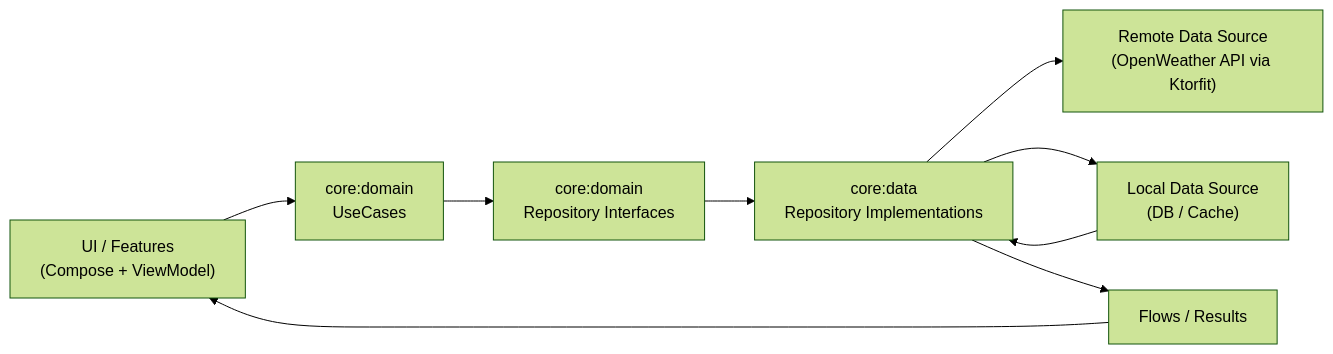
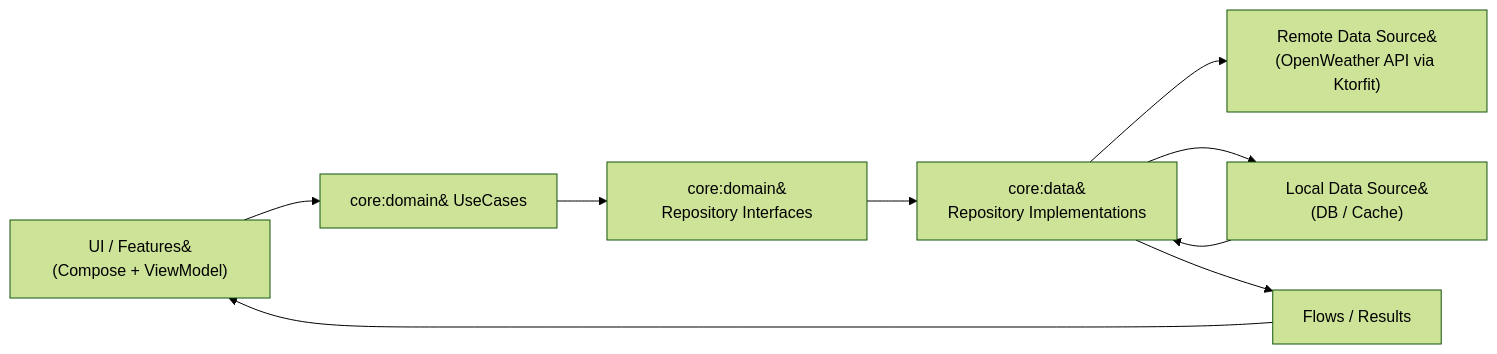
One commit to pdepizarro/AppDemo changed the second of 2 diagrams in README.md. Above: the diagram before and after it, drawn with Mermaid (forest theme).

Commit message:
Update README to improve mermaid diagram formatting and enhance clarity

````diff
--- a/README.md
+++ b/README.md
@@ -88,14 +88,15 @@
 ``` mermaid
-graph LR
-    UI["UI / Features\n(Compose + ViewModel)"] --> UseCases["core:domain\nUseCases"]
-    UseCases --> RepoInterface["core:domain\nRepository Interfaces"]
-
-    RepoInterface --> RepoImpl["core:data\nRepository Implementations"]
-    RepoImpl --> RemoteDS["Remote Data Source\n(OpenWeather API via Ktorfit)"]
-    RepoImpl --> LocalDS["Local Data Source\n(DB / Cache)"]
+%%{init: {'flowchart': {'htmlLabels': false}}}%%
+flowchart LR
+    UI["UI / Features&#10;(Compose + ViewModel)"] --> UseCases["core:domain&#10;UseCases"]
+    UseCases --> RepoInterface["core:domain&#10;Repository Interfaces"]
+    
+    RepoInterface --> RepoImpl["core:data&#10;Repository Implementations"]
+    RepoImpl --> RemoteDS["Remote Data Source&#10;(OpenWeather API via Ktorfit)"]
+    RepoImpl --> LocalDS["Local Data Source&#10;(DB / Cache)"]
 
     LocalDS --> RepoImpl
     RepoImpl --> FlowBack["Flows / Results"]
     FlowBack --> UI
     
 ```
````
